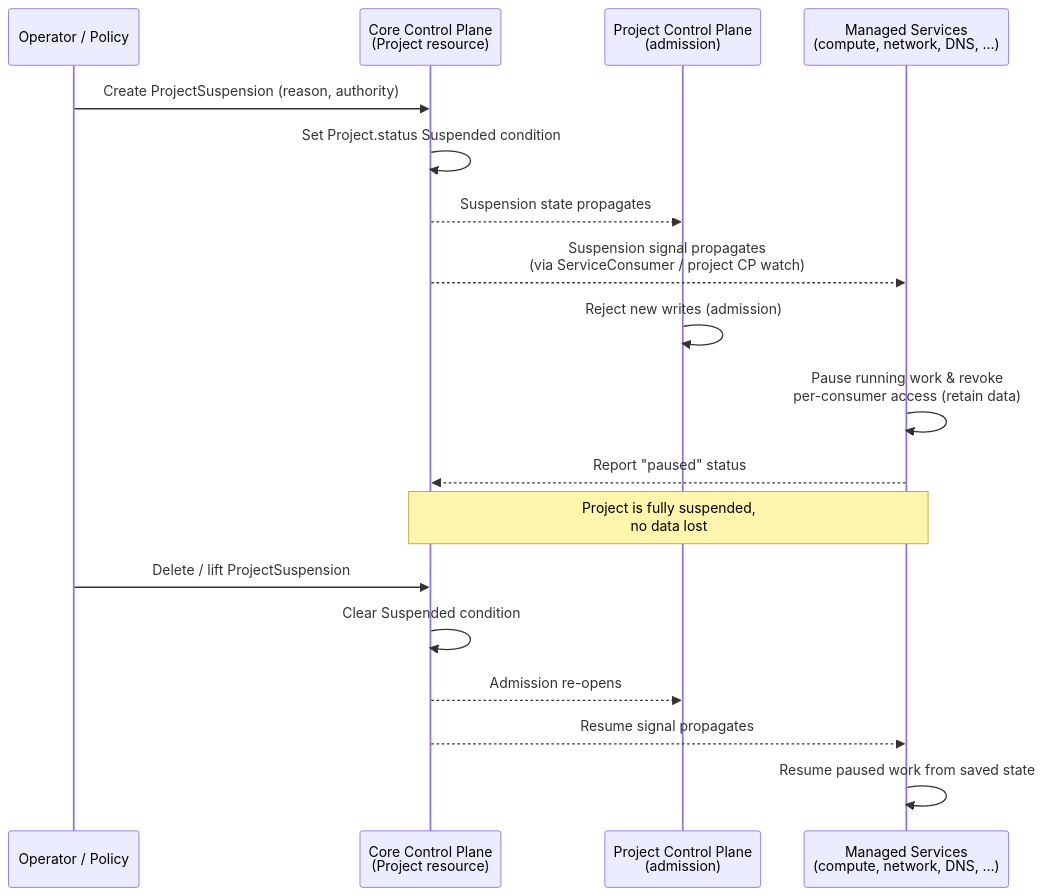
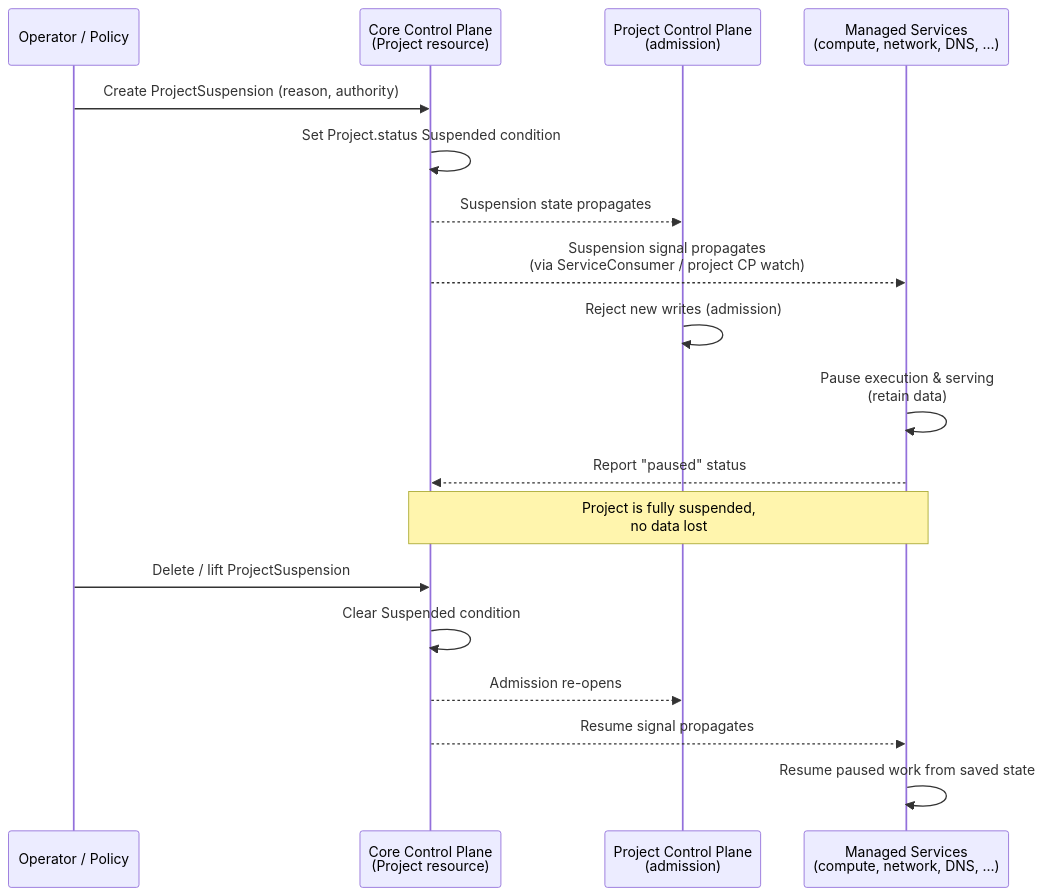
One commit to datum-cloud/enhancements changed the first of 2 diagrams in enhancements/platform/project-suspension/README.md. Above: the diagram before and after it, drawn with Mermaid. The commit also changed other lines of this file and 4 other files, not shown here.

````diff
--- a/enhancements/platform/project-suspension/README.md
+++ b/enhancements/platform/project-suspension/README.md
@@ -173,22 +172,22 @@
 ```mermaid
 sequenceDiagram
     participant Op as Operator / Policy
     participant CP as Core Control Plane<br/>(Project resource)
     participant Adm as Project Control Plane<br/>(admission)
     participant Svc as Managed Services<br/>(compute, network, DNS, …)
 
     Op->>CP: Create ProjectSuspension (reason, authority)
     CP->>CP: Set Project.status Suspended condition
     CP-->>Adm: Suspension state propagates
     CP-->>Svc: Suspension signal propagates<br/>(via ServiceConsumer / project CP watch)
     Adm->>Adm: Reject new writes (admission)
-    Svc->>Svc: Pause running work & revoke<br/>per-consumer access (retain data)
+    Svc->>Svc: Pause execution & serving<br/>(retain data)
     Svc-->>CP: Report "paused" status
     Note over CP,Svc: Project is fully suspended,<br/>no data lost
 
     Op->>CP: Delete / lift ProjectSuspension
     CP->>CP: Clear Suspended condition
     CP-->>Adm: Admission re-opens
     CP-->>Svc: Resume signal propagates
     Svc->>Svc: Resume paused work from saved state
 ```
````
